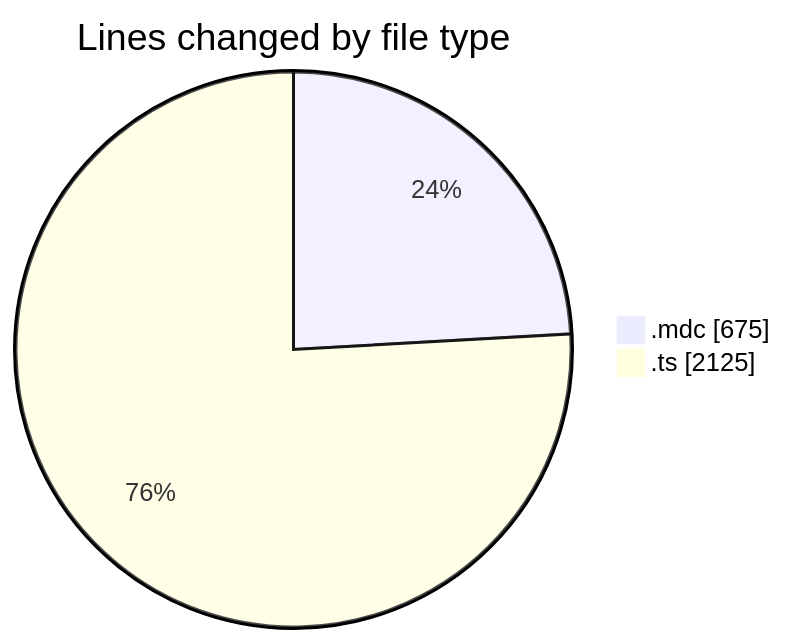
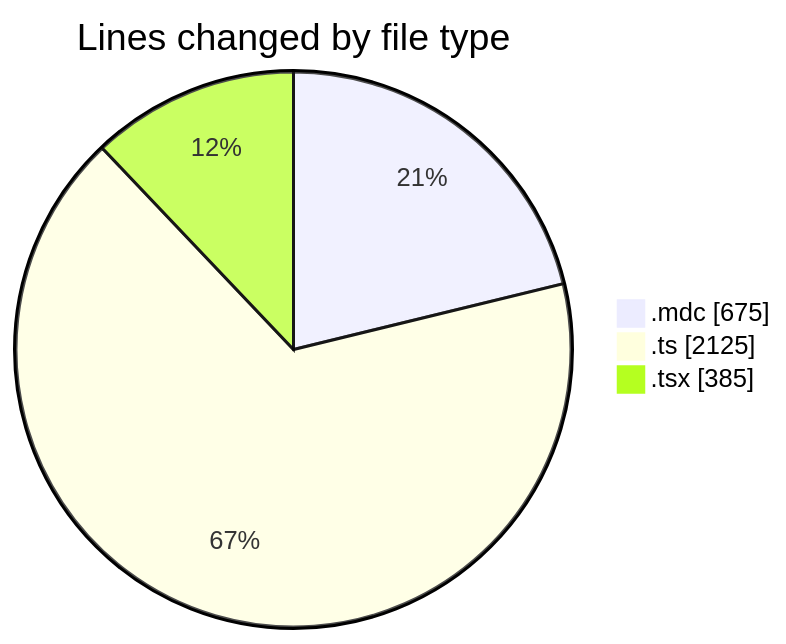
One commit to CELIANVF/code-tracking changed the first of 2 diagrams in 2025-06-05/ecodeli-1/README.md. Above: the diagram before and after it, drawn with Mermaid. The commit also changed other lines of this file and 1 other file, not shown here.

````diff
--- a/2025-06-05/ecodeli-1/README.md
+++ b/2025-06-05/ecodeli-1/README.md
@@ -28,6 +30,7 @@
 ```mermaid
 pie showData
 title Lines changed by file type
 ".mdc" : 675
 ".ts" : 2125
+".tsx" : 385
 ```
````
